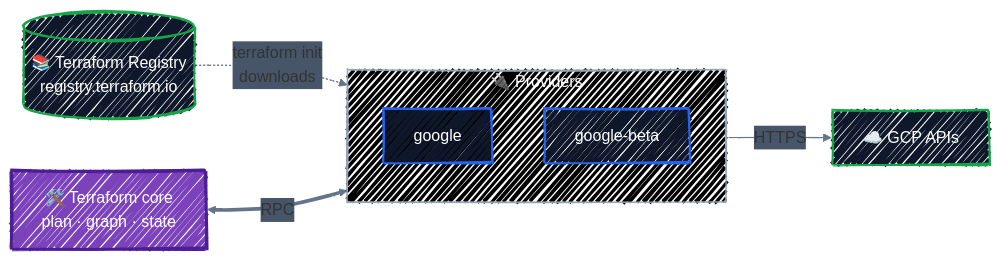
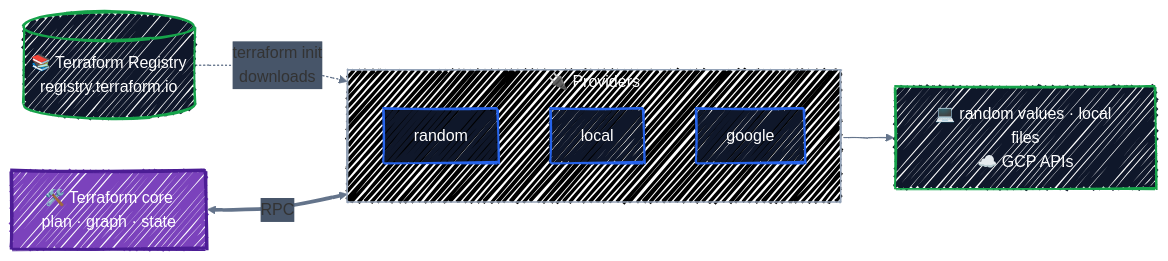
The diagram in docs/core-language/providers.md (r97221004/terraform-tutorial), drawn with Mermaid before and after one commit. The commit also changed other lines of this file and 14 other files, not shown here.

````diff
--- a/docs/core-language/providers.md
+++ b/docs/core-language/providers.md
@@ -20,36 +20,37 @@
 ```mermaid
 ---
 config:
   look: handDrawn
   theme: default
   themeVariables:
     fontFamily: '"Comic Sans MS", "Comic Sans", "Segoe Print", "Bradley Hand", cursive'
     lineColor: '#64748B'
     edgeLabelBackground: '#475569'
   themeCSS: |
     .edgeLabel, .edgeLabel p, .edgeLabel span { color: #FFFFFF !important; }
 ---
 flowchart LR
     reg[("📚 Terraform Registry<br/>registry.terraform.io")]
     core["🛠️ Terraform core<br/>plan · graph · state"]
 
     subgraph plugins["🔌 Providers"]
         direction TB
+        random["random"]
+        local["local"]
         google["google"]
-        beta["google-beta"]
     end
 
-    gcp["☁️ GCP APIs"]
+    targets["💻 random values · local files<br/>☁️ GCP APIs"]
 
     reg -. "terraform init<br/>downloads" .-> plugins
     core <==>|"RPC"| plugins
-    plugins -->|"HTTPS"| gcp
+    plugins --> targets
 
     classDef ctrl fill:#0F172A,stroke:#2563EB,stroke-width:2px,color:#FFFFFF
     classDef eng fill:#7B42BC,stroke:#4C1D95,stroke-width:3px,color:#FFFFFF
     classDef tgt fill:#0F172A,stroke:#16A34A,stroke-width:2px,color:#FFFFFF
     class core eng
-    class google,beta ctrl
-    class reg,gcp tgt
+    class random,local,google ctrl
+    class reg,targets tgt
     style plugins fill:#000000,stroke:#94A3B8,color:#FFFFFF,fillStyle:solid
 ```
````
